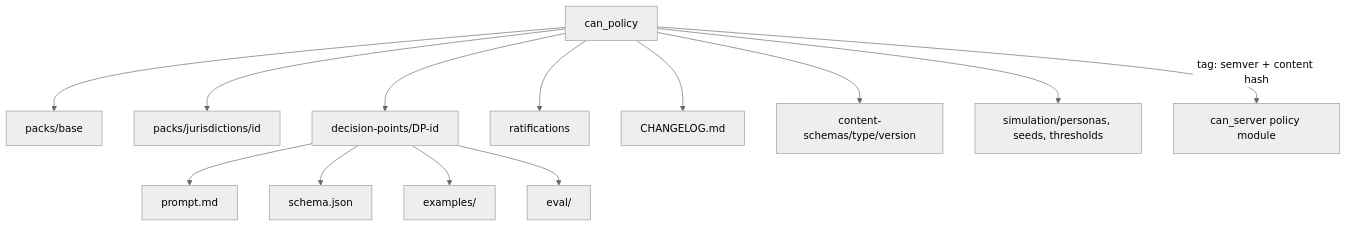
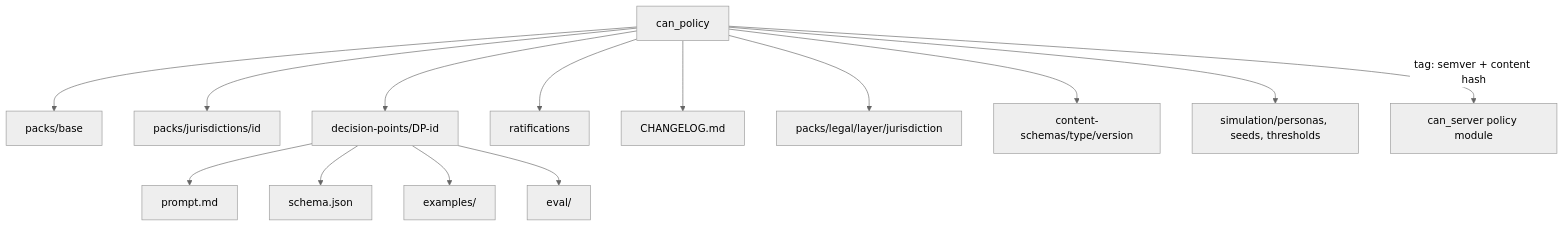
One commit to community-action-network-oss/community_action_network_oss changed the diagram in docs/design/components/can-policy.md. Above: the diagram before and after it, drawn with Mermaid (neutral theme). The commit also changed other lines of this file and 11 other files, not shown here.

Commit message:
W6 P3: re-resolution and legal-corpus-update flows, legal layer stack in legality checks, corpora registry and packs/legal, plan label fixes

````diff
--- a/docs/design/components/can-policy.md
+++ b/docs/design/components/can-policy.md
@@ -7,15 +7,16 @@
 ```mermaid
 flowchart TD
   repo[can_policy] --> base[packs/base]
   repo --> jur[packs/jurisdictions/id]
   repo --> dps[decision-points/DP-id]
   repo --> rat[ratifications]
   repo --> cl[CHANGELOG.md]
   dps --> pr[prompt.md]
   dps --> sc[schema.json]
+  repo --> lg[packs/legal/layer/jurisdiction]
   repo --> cs[content-schemas/type/version]
   repo --> sp[simulation/personas, seeds, thresholds]
   dps --> ex[examples/]
   dps --> ev[eval/]
   repo -->|tag: semver + content hash| server[can_server policy module]
 ```
````
